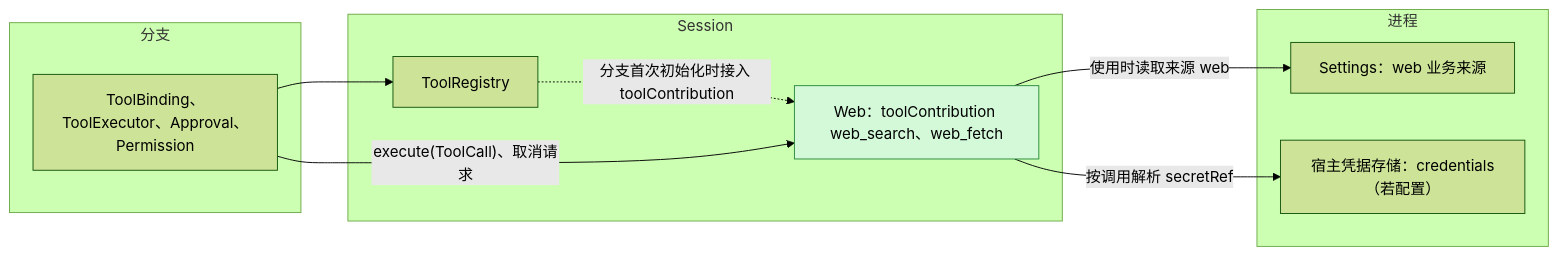
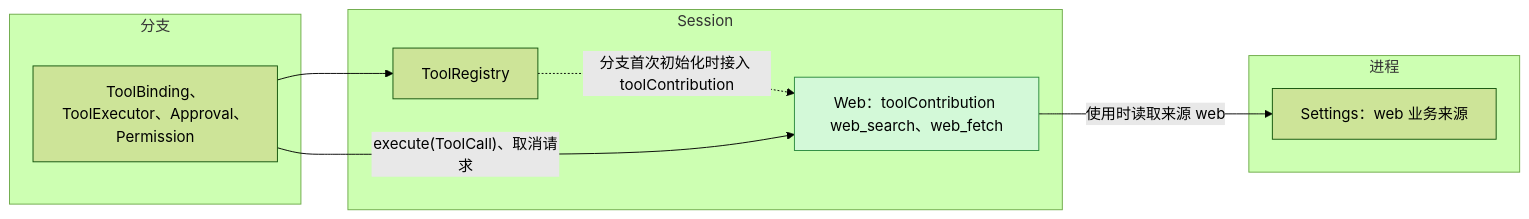
One commit to CoutinhoTTS/dim-agent changed the first of 5 diagrams in docs/zh/design/plugins/Web.md. Above: the diagram before and after it, drawn with Mermaid (forest theme). The commit also changed other lines of this file and 1 other file, not shown here.

Commit message:
docs(web): own the search API key instead of a credentials resolver

````diff
--- a/docs/zh/design/plugins/Web.md
+++ b/docs/zh/design/plugins/Web.md
@@ -9,20 +9,18 @@
 ```mermaid
 flowchart LR
   subgraph PROC["进程"]
     Settings["Settings：web 业务来源"]
-    Credentials["宿主凭据存储：credentials（若配置）"]
   end
   subgraph SESS["Session"]
     Web["Web：toolContribution web_search、web_fetch"]:::new
     ToolRegistry["ToolRegistry"]
   end
   subgraph BR["分支"]
     Exec["ToolBinding、ToolExecutor、Approval、Permission"]
   end
   Web -->|"使用时读取来源 web"| Settings
-  Web -->|"按调用解析 secretRef"| Credentials
   ToolRegistry -.->|"分支首次初始化时接入 toolContribution"| Web
   Exec --> ToolRegistry
   Exec -->|"execute(ToolCall)、取消请求"| Web
   classDef new fill:#d3f9d8,stroke:#2b8a3e,color:#000
 ```
````
